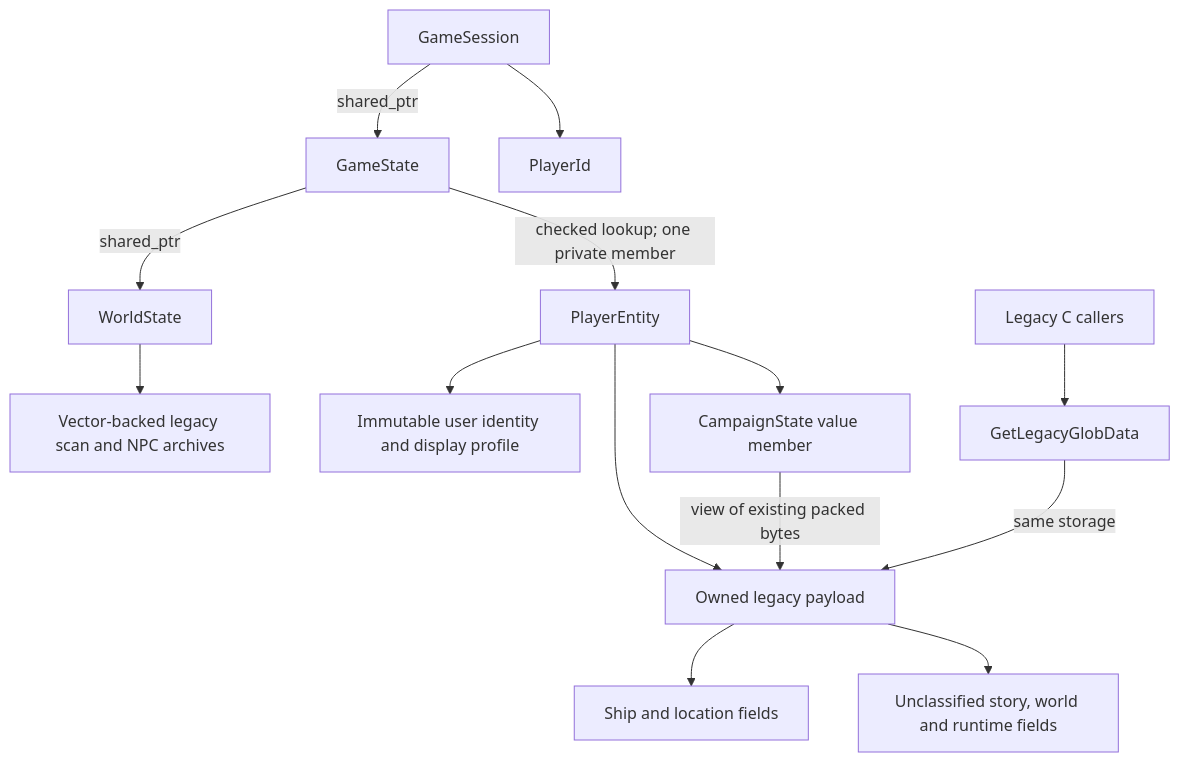
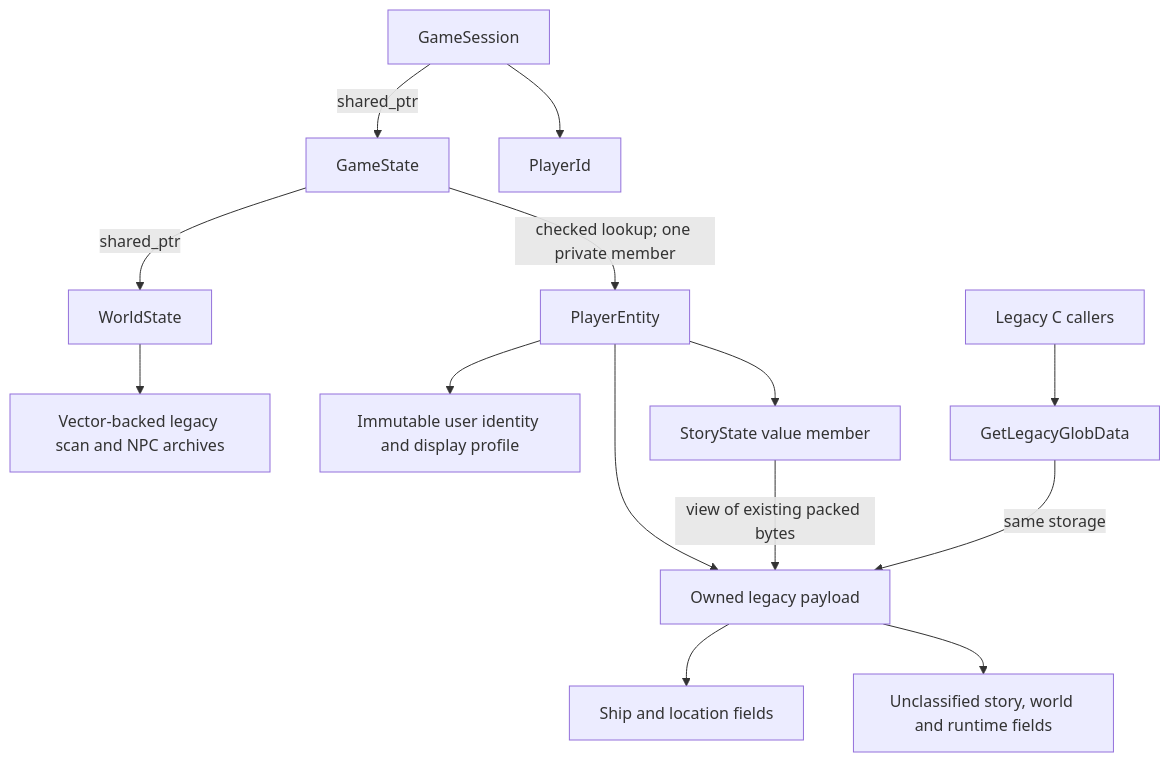
One commit to yost-jacob/uqm-cpp17 changed the diagram in docs/game-state.md. Above: the diagram before and after it, drawn with Mermaid. The commit also changed other lines of this file and 84 other files, not shown here.

Commit message:
Rename personal CampaignState to StoryState throughout native code

````diff
--- a/docs/game-state.md
+++ b/docs/game-state.md
@@ -9,16 +9,16 @@
 ```mermaid
 flowchart TD
     Session[GameSession] -->|shared_ptr| State[GameState]
     Session --> ID[PlayerId]
     State -->|checked lookup; one private member| Player[PlayerEntity]
     State -->|shared_ptr| World[WorldState]
     World --> Archives[Vector-backed legacy scan and NPC archives]
     Player --> Profile[Immutable user identity and display profile]
     Player --> Storage[Owned legacy payload]
-    Player --> Campaign[CampaignState value member]
-    Campaign -->|view of existing packed bytes| Storage
+    Player --> Story[StoryState value member]
+    Story -->|view of existing packed bytes| Storage
     Storage --> Ship[Ship and location fields]
     Storage --> Mixed[Unclassified story, world and runtime fields]
     C[Legacy C callers] --> Adapter[GetLegacyGlobData]
     Adapter -->|same storage| Storage
 ```
````
